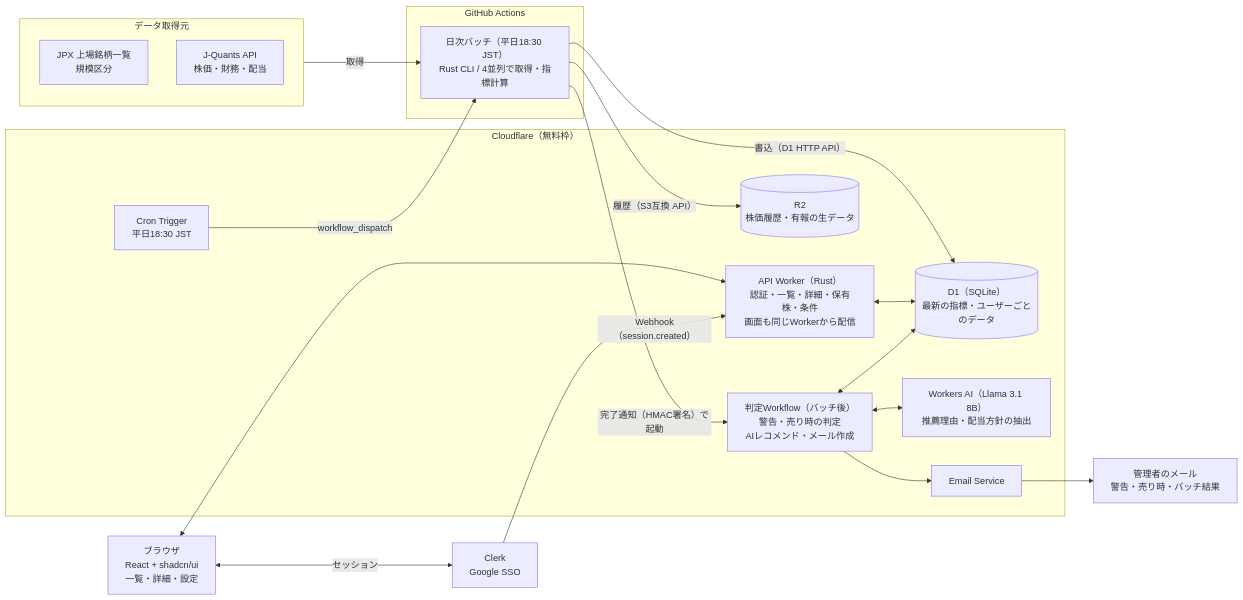
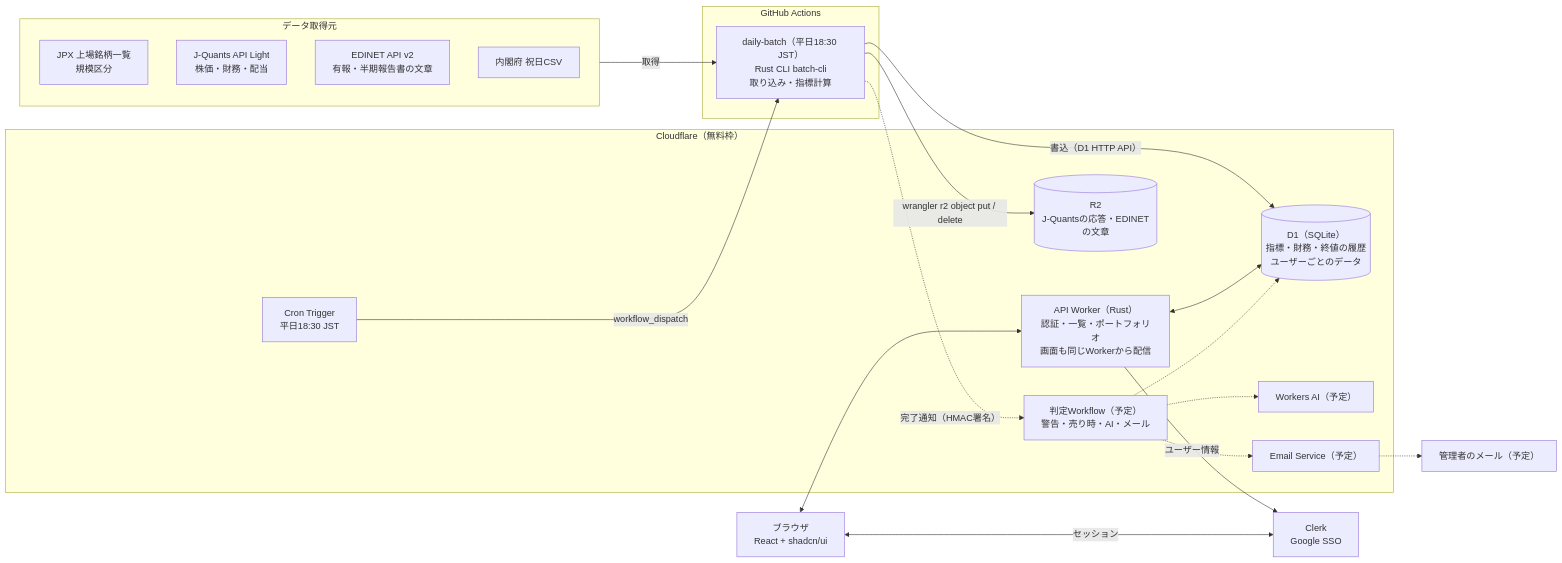
Before and after one commit to taaaaakahiro/stock-insight: the diagram in docs/03_system_architecture.md, drawn with Mermaid. The commit also changed other lines of this file and 8 other files, not shown here.

````diff
--- a/docs/03_system_architecture.md
+++ b/docs/03_system_architecture.md
@@ -17,38 +13,40 @@
 ```mermaid
 flowchart LR
   subgraph SRC[データ取得元]
     JPX[JPX 上場銘柄一覧<br/>規模区分]
-    JQ[J-Quants API<br/>株価・財務・配当]
+    JQ[J-Quants API Light<br/>株価・財務・配当]
+    ED[EDINET API v2<br/>有報・半期報告書の文章]
+    HOL[内閣府 祝日CSV]
   end
 
   subgraph GH[GitHub Actions]
-    BATCH[日次バッチ（平日18:30 JST）<br/>Rust CLI / 4並列で取得・指標計算]
+    BATCH[daily-batch（平日18:30 JST）<br/>Rust CLI batch-cli<br/>取り込み・指標計算]
   end
 
   subgraph CF[Cloudflare（無料枠）]
     CRON[Cron Trigger<br/>平日18:30 JST]
-    API[API Worker（Rust）<br/>認証・一覧・詳細・保有株・条件<br/>画面も同じWorkerから配信]
-    D1[(D1（SQLite）<br/>最新の指標・ユーザーごとのデータ)]
-    R2[(R2<br/>株価履歴・有報の生データ)]
-    WF[判定Workflow（バッチ後）<br/>警告・売り時の判定<br/>AIレコメンド・メール作成]
-    AI[Workers AI（Llama 3.1 8B）<br/>推薦理由・配当方針の抽出]
-    MAIL[Email Service]
+    API[API Worker（Rust）<br/>認証・一覧・ポートフォリオ<br/>画面も同じWorkerから配信]
+    D1[(D1（SQLite）<br/>指標・財務・終値の履歴<br/>ユーザーごとのデータ)]
+    R2[(R2<br/>J-Quantsの応答・EDINETの文章)]
+    WF[判定Workflow（予定）<br/>警告・売り時・AI・メール]
+    AI[Workers AI（予定）]
+    MAIL[Email Service（予定）]
   end
 
   CLERK[Clerk<br/>Google SSO]
-  BR[ブラウザ<br/>React + shadcn/ui<br/>一覧・詳細・設定]
-  ADMIN[管理者のメール<br/>警告・売り時・バッチ結果]
+  BR[ブラウザ<br/>React + shadcn/ui]
+  ADMIN[管理者のメール（予定）]
 
   CRON -- workflow_dispatch --> BATCH
   SRC -- 取得 --> BATCH
   BATCH -- 書込（D1 HTTP API） --> D1
-  BATCH -- 履歴（S3互換 API） --> R2
-  BATCH -- 完了通知（HMAC署名）で起動 --> WF
+  BATCH -- wrangler r2 object put / delete --> R2
+  BATCH -. 完了通知（HMAC署名） .-> WF
   API <--> D1
-  WF <--> D1
-  WF <--> AI
-  WF --> MAIL --> ADMIN
+  API -- ユーザー情報 --> CLERK
+  WF -.-> D1
+  WF -.-> AI
+  WF -.-> MAIL -.-> ADMIN
   BR <--> API
   BR <-- セッション --> CLERK
-  CLERK -- Webhook（session.created） --> API
 ```
````
